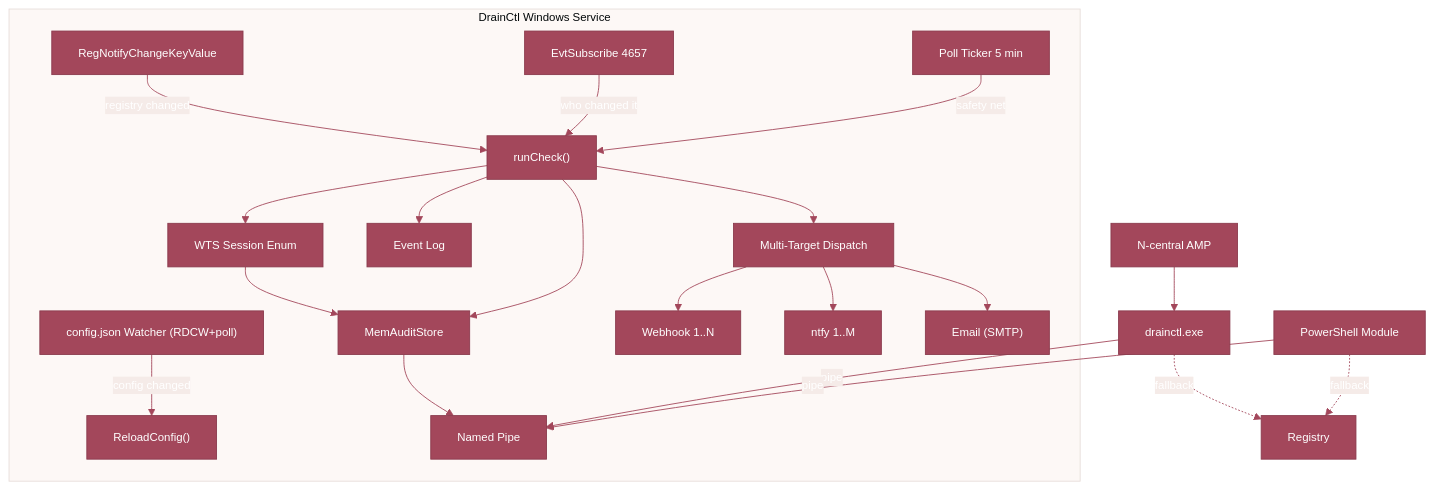
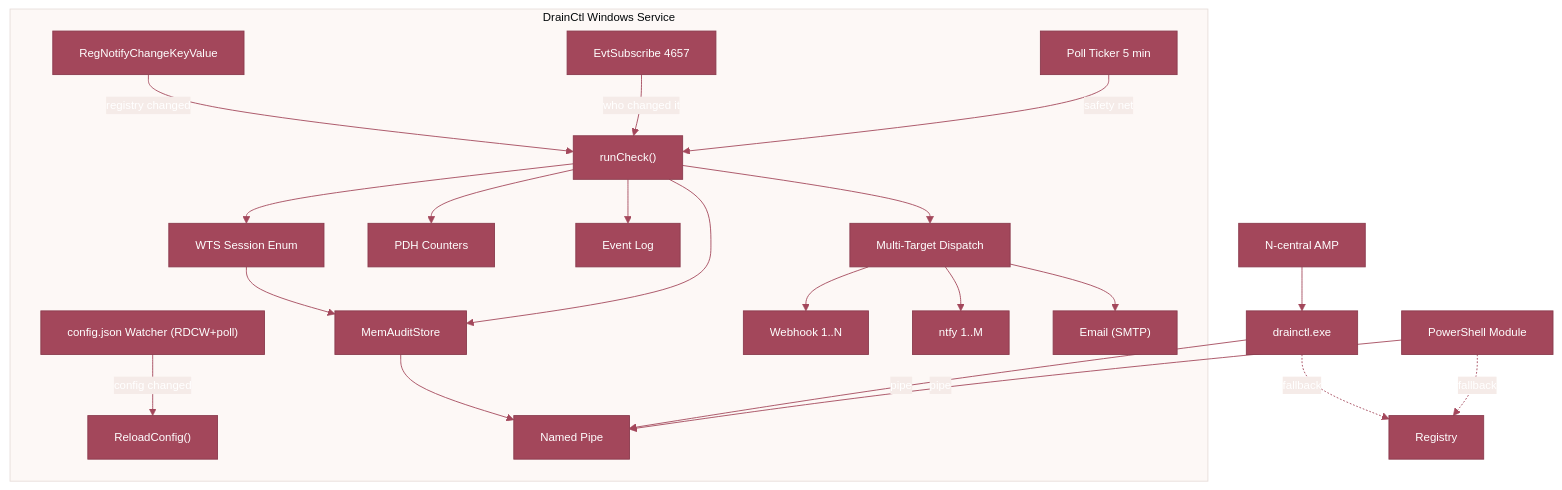
The first of 2 diagrams in README.md (LISSConsulting/LISSTech.DrainCtl), drawn with Mermaid before and after one commit. The commit also changed other lines of this file and 2 other files, not shown here.

````diff
--- a/README.md
+++ b/README.md
@@ -61,26 +62,27 @@
 ```mermaid
 %%{init: {'theme': 'base', 'themeVariables': {'primaryColor': '#a3475b', 'primaryTextColor': '#fff', 'primaryBorderColor': '#8a3a4d', 'secondaryColor': '#f5ebe8', 'tertiaryColor': '#fdf8f6', 'lineColor': '#a3475b', 'fontFamily': 'monospace', 'fontSize': '13px'}}}%%
 graph TB
     subgraph SVC["DrainCtl Windows Service"]
         RNK["RegNotifyChangeKeyValue"] -->|"registry changed"| CHECK["runCheck()"]
         EVT["EvtSubscribe 4657"] -->|"who changed it"| CHECK
         POLL["Poll Ticker 5 min"] -->|"safety net"| CHECK
         CFG["config.json Watcher (RDCW+poll)"] -->|"config changed"| RELOAD["ReloadConfig()"]
         CHECK --> SESS["WTS Session Enum"]
         SESS --> STORE["MemAuditStore"]
+        CHECK --> PERF["PDH Counters"]
         CHECK --> STORE
         CHECK --> ELOG["Event Log"]
         CHECK --> NOTIFY["Multi-Target Dispatch"]
         NOTIFY --> WH["Webhook 1..N"]
         NOTIFY --> NTFY["ntfy 1..M"]
         NOTIFY --> EMAIL["Email (SMTP)"]
         STORE --> PIPE["Named Pipe"]
     end
 
     CLI["drainctl.exe"] -->|"pipe"| PIPE
     PS["PowerShell Module"] -->|"pipe"| PIPE
     NC["N-central AMP"] --> CLI
 
     CLI -.->|"fallback"| REG["Registry"]
     PS -.->|"fallback"| REG
 ```
````
